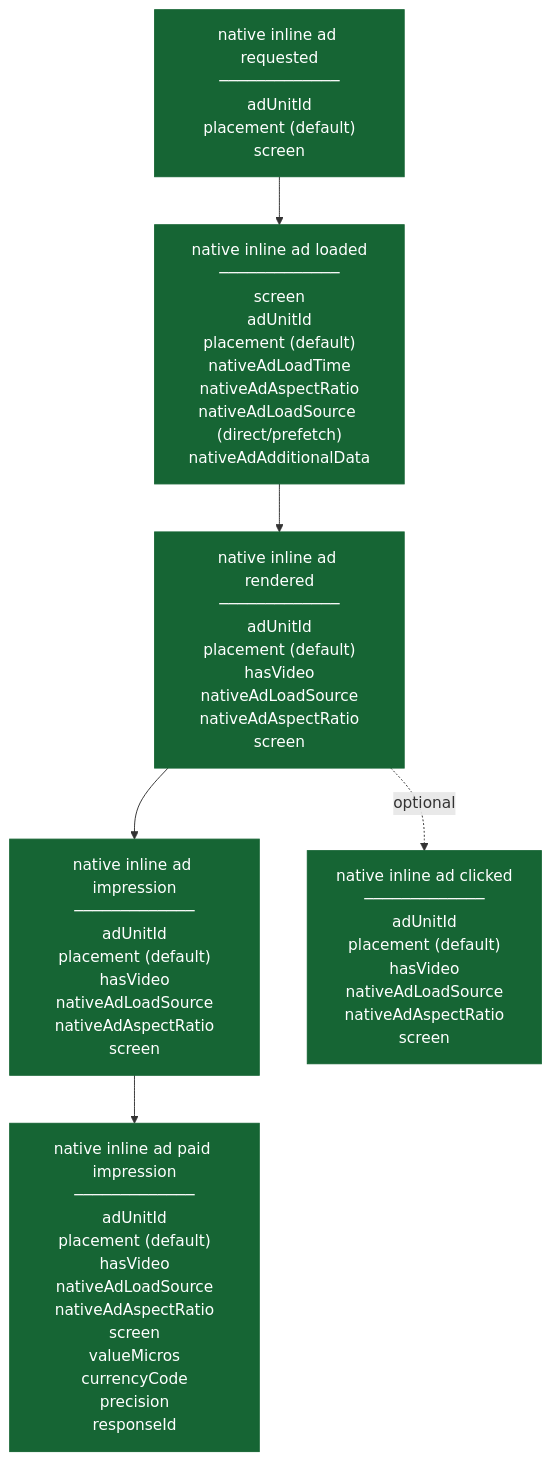
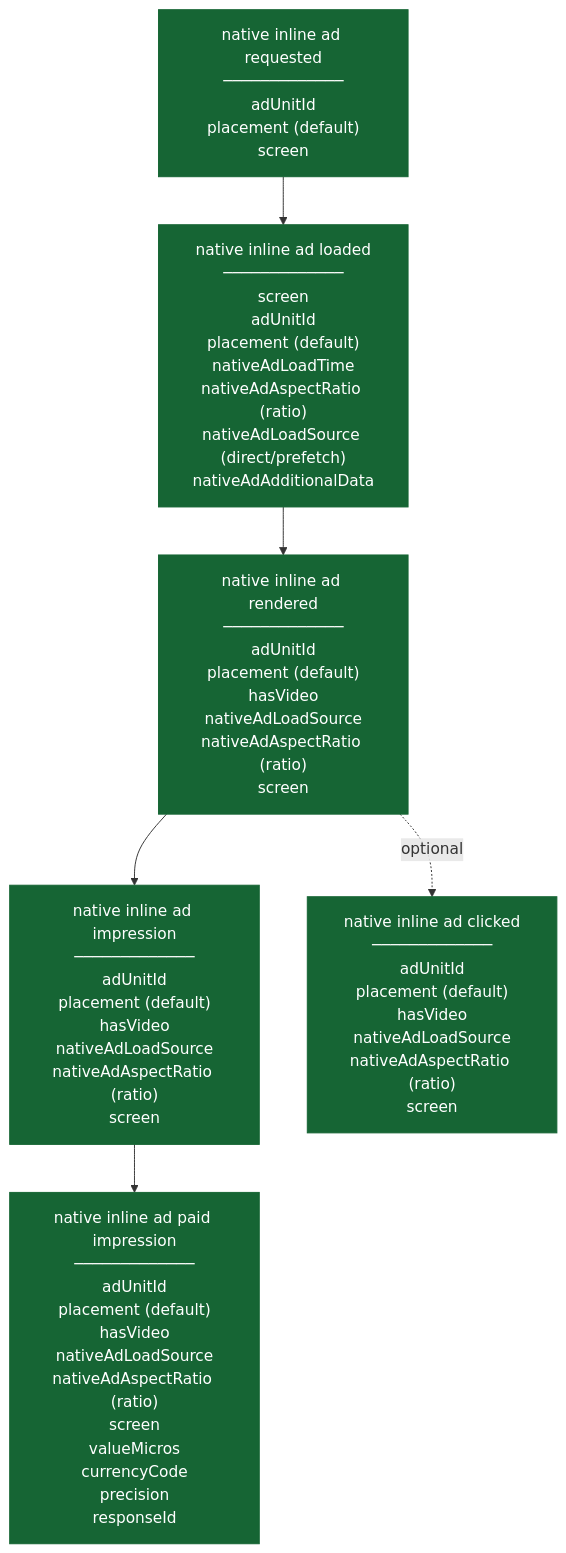
The fifth of 7 diagrams in content/analytics/ads/flow-diagrams.md (ratulsarna/chalo-app-dashboard), drawn with Mermaid before and after one commit. The commit also changed other lines of this file and 2 other files, not shown here.

Commit message:
feat(analytics): update Adjust attribution attributes and flow diagrams for enhanced tracking

````diff
--- a/content/analytics/ads/flow-diagrams.md
+++ b/content/analytics/ads/flow-diagrams.md
@@ -89,24 +101,24 @@
 ```mermaid
 flowchart TD
   ev_requested["native inline ad requested<br/>─────────────<br/>adUnitId<br/>placement (default)<br/>screen"]
 
-  ev_loaded["native inline ad loaded<br/>─────────────<br/>screen<br/>adUnitId<br/>placement (default)<br/>nativeAdLoadTime<br/>nativeAdAspectRatio<br/>nativeAdLoadSource (direct/prefetch)<br/>nativeAdAdditionalData"]
+  ev_loaded["native inline ad loaded<br/>─────────────<br/>screen<br/>adUnitId<br/>placement (default)<br/>nativeAdLoadTime<br/>nativeAdAspectRatio (ratio)<br/>nativeAdLoadSource (direct/prefetch)<br/>nativeAdAdditionalData"]
 
-  ev_rendered["native inline ad rendered<br/>─────────────<br/>adUnitId<br/>placement (default)<br/>hasVideo<br/>nativeAdLoadSource<br/>nativeAdAspectRatio<br/>screen"]
+  ev_rendered["native inline ad rendered<br/>─────────────<br/>adUnitId<br/>placement (default)<br/>hasVideo<br/>nativeAdLoadSource<br/>nativeAdAspectRatio (ratio)<br/>screen"]
 
-  ev_impression["native inline ad impression<br/>─────────────<br/>adUnitId<br/>placement (default)<br/>hasVideo<br/>nativeAdLoadSource<br/>nativeAdAspectRatio<br/>screen"]
+  ev_impression["native inline ad impression<br/>─────────────<br/>adUnitId<br/>placement (default)<br/>hasVideo<br/>nativeAdLoadSource<br/>nativeAdAspectRatio (ratio)<br/>screen"]
 
-  ev_clicked["native inline ad clicked<br/>─────────────<br/>adUnitId<br/>placement (default)<br/>hasVideo<br/>nativeAdLoadSource<br/>nativeAdAspectRatio<br/>screen"]
+  ev_clicked["native inline ad clicked<br/>─────────────<br/>adUnitId<br/>placement (default)<br/>hasVideo<br/>nativeAdLoadSource<br/>nativeAdAspectRatio (ratio)<br/>screen"]
 
-  ev_paidImpression["native inline ad paid impression<br/>─────────────<br/>adUnitId<br/>placement (default)<br/>hasVideo<br/>nativeAdLoadSource<br/>nativeAdAspectRatio<br/>screen<br/>valueMicros<br/>currencyCode<br/>precision<br/>responseId"]
+  ev_paidImpression["native inline ad paid impression<br/>─────────────<br/>adUnitId<br/>placement (default)<br/>hasVideo<br/>nativeAdLoadSource<br/>nativeAdAspectRatio (ratio)<br/>screen<br/>valueMicros<br/>currencyCode<br/>precision<br/>responseId"]
 
   ev_requested --> ev_loaded
   ev_loaded --> ev_rendered
   ev_rendered --> ev_impression
   ev_impression --> ev_paidImpression
   ev_rendered -.->|optional| ev_clicked
 
   classDef event fill:#166534,stroke:#166534,color:#ffffff;
 
   class ev_requested,ev_loaded,ev_rendered,ev_impression,ev_clicked,ev_paidImpression event;
 ```
````
